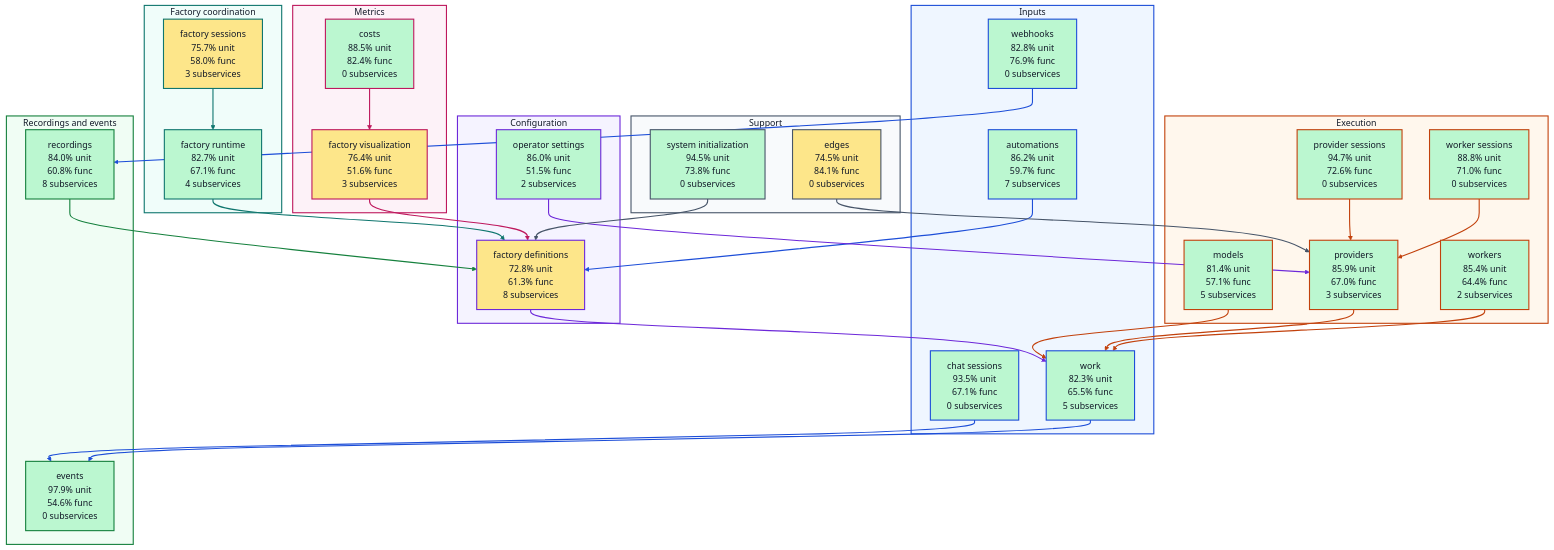
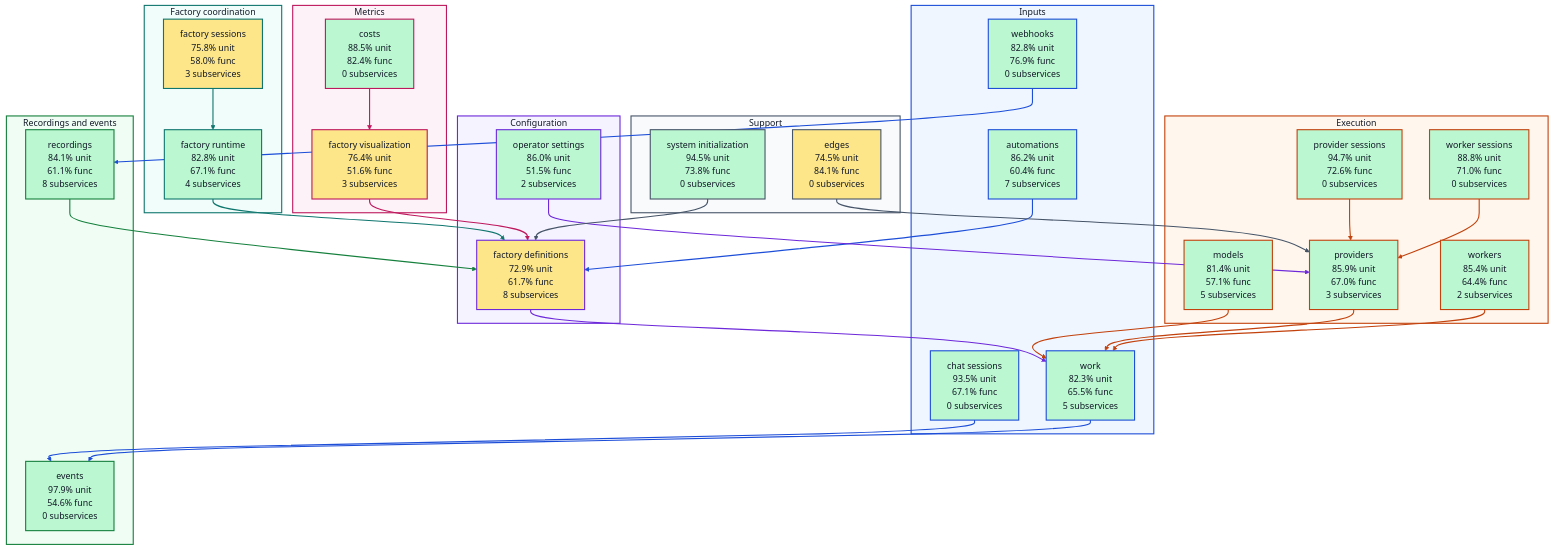
Before and after one commit to portpowered/you-agent-factory: the diagram in docs/architecture/visualizations/high-level-test-coverage.md, drawn with Mermaid (forest theme). The commit also changed other lines of this file and 20 other files, not shown here.

Commit message:
docs: refresh backend architecture visualizations

````diff
--- a/docs/architecture/visualizations/high-level-test-coverage.md
+++ b/docs/architecture/visualizations/high-level-test-coverage.md
@@ -11,18 +11,18 @@
 ```mermaid
 flowchart TB
   subgraph input["Inputs"]
-    s_services_automations["automations<br/>86.2% unit<br/>59.7% func<br/>7 subservices"]
+    s_services_automations["automations<br/>86.2% unit<br/>60.4% func<br/>7 subservices"]
     s_services_chat_sessions["chat sessions<br/>93.5% unit<br/>67.1% func<br/>0 subservices"]
     s_services_webhooks["webhooks<br/>82.8% unit<br/>76.9% func<br/>0 subservices"]
     s_services_work["work<br/>82.3% unit<br/>65.5% func<br/>5 subservices"]
   end
   subgraph configuration["Configuration"]
-    s_services_factory_definitions["factory definitions<br/>72.8% unit<br/>61.3% func<br/>8 subservices"]
+    s_services_factory_definitions["factory definitions<br/>72.9% unit<br/>61.7% func<br/>8 subservices"]
     s_services_operator_settings["operator settings<br/>86.0% unit<br/>51.5% func<br/>2 subservices"]
   end
   subgraph coordination["Factory coordination"]
-    s_services_factory_runtime["factory runtime<br/>82.7% unit<br/>67.1% func<br/>4 subservices"]
-    s_services_factory_sessions["factory sessions<br/>75.7% unit<br/>58.0% func<br/>3 subservices"]
+    s_services_factory_runtime["factory runtime<br/>82.8% unit<br/>67.1% func<br/>4 subservices"]
+    s_services_factory_sessions["factory sessions<br/>75.8% unit<br/>58.0% func<br/>3 subservices"]
   end
   subgraph execution["Execution"]
     s_services_models["models<br/>81.4% unit<br/>57.1% func<br/>5 subservices"]
@@ -33,7 +33,7 @@
   end
   subgraph recordings["Recordings and events"]
     s_services_events["events<br/>97.9% unit<br/>54.6% func<br/>0 subservices"]
-    s_services_recordings["recordings<br/>84.0% unit<br/>60.8% func<br/>8 subservices"]
+    s_services_recordings["recordings<br/>84.1% unit<br/>61.1% func<br/>8 subservices"]
   end
   subgraph metrics["Metrics"]
     s_services_costs["costs<br/>88.5% unit<br/>82.4% func<br/>0 subservices"]
````
